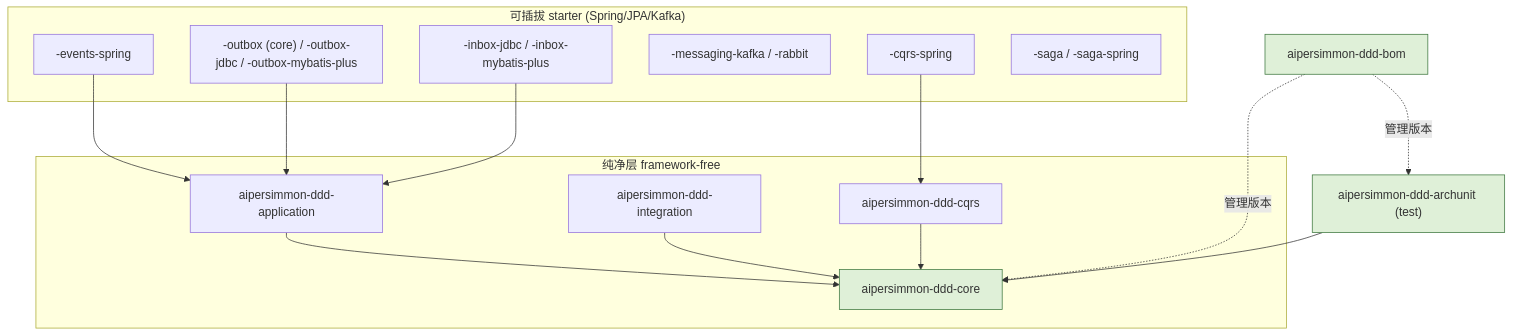
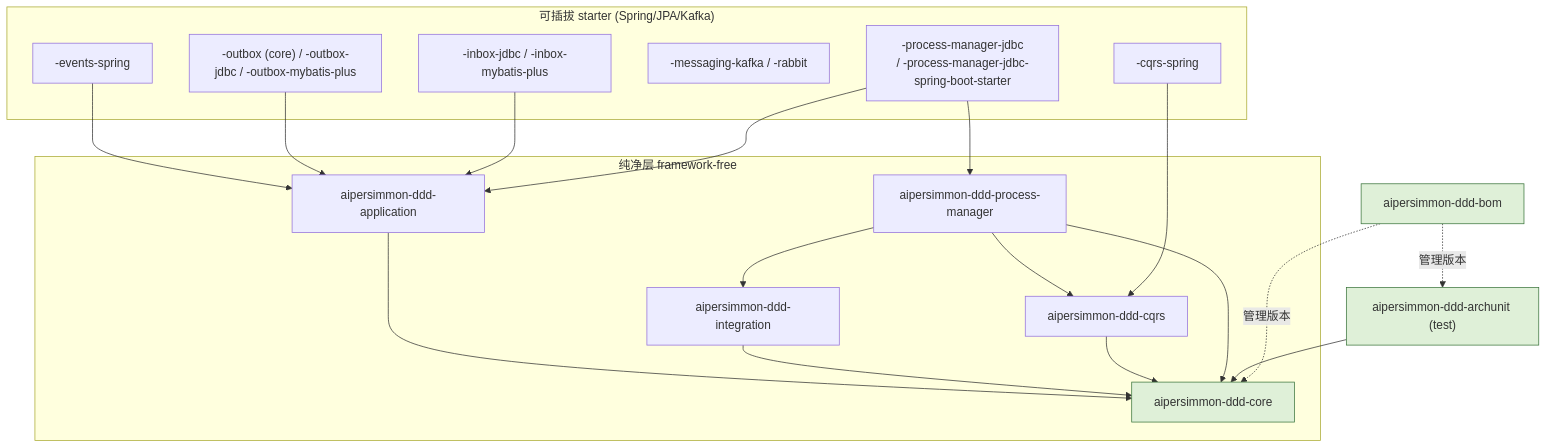
One commit to ryan-alexander-zhang/ai-native-project-template changed the first of 2 diagrams in docs/design/design-00001-aipersimmon-ddd-and-scaffold.md. Above: the diagram before and after it, drawn with Mermaid. The commit also changed other lines of this file and 2 other files, not shown here.

Commit message:
docs(process-manager): define durable runtime architecture

````diff
--- a/docs/design/design-00001-aipersimmon-ddd-and-scaffold.md
+++ b/docs/design/design-00001-aipersimmon-ddd-and-scaffold.md
@@ -57,33 +57,39 @@
 ```mermaid
 flowchart TD
   subgraph pure["纯净层 framework-free"]
     core["aipersimmon-ddd-core"]
     app["aipersimmon-ddd-application"]
     integ["aipersimmon-ddd-integration"]
     cqrs["aipersimmon-ddd-cqrs"]
+    processManager["aipersimmon-ddd-process-manager"]
   end
   subgraph starter["可插拔 starter (Spring/JPA/Kafka)"]
     events["-events-spring"]
     outbox["-outbox (core) / -outbox-jdbc / -outbox-mybatis-plus"]
     inbox["-inbox-jdbc / -inbox-mybatis-plus"]
     msg["-messaging-kafka / -rabbit"]
     cqrsSpring["-cqrs-spring"]
-    saga["-saga / -saga-spring"]
+    processManagerJdbc["-process-manager-jdbc<br/>/ -process-manager-jdbc-spring-boot-starter"]
   end
   arch["aipersimmon-ddd-archunit (test)"]
   bom["aipersimmon-ddd-bom"]
 
   app --> core
   integ --> core
   cqrs --> core
+  processManager --> core
+  processManager --> cqrs
+  processManager --> integ
   events --> app
   outbox --> app
   inbox --> app
   cqrsSpring --> cqrs
+  processManagerJdbc --> processManager
+  processManagerJdbc --> app
   arch --> core
   bom -. 管理版本 .-> core
   bom -. 管理版本 .-> arch
 
   classDef p1 fill:#dff0d8,stroke:#3c763d;
   class core,arch,bom p1
 ```
````
